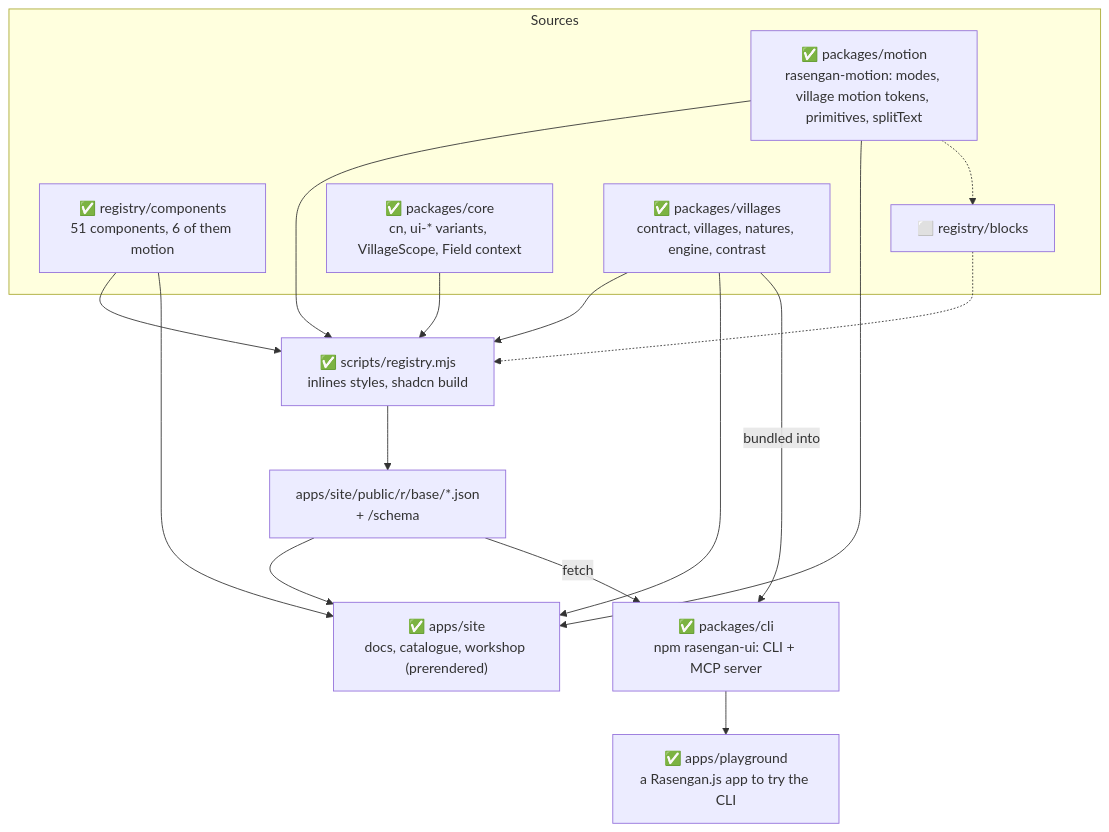
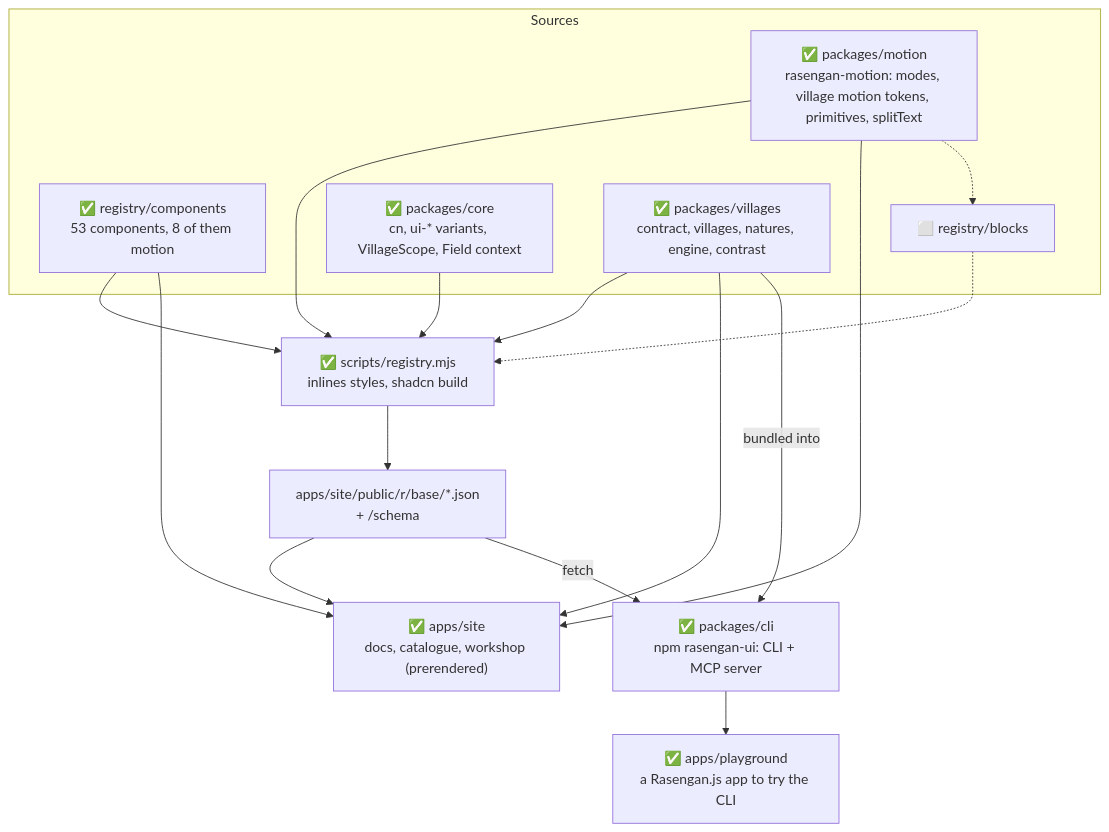
The second of 5 diagrams in docs/architecture.md (rasengan-dev/rasengan-ui), drawn with Mermaid before and after one commit. The commit also changed other lines of this file and 20 other files, not shown here.

````diff
--- a/docs/architecture.md
+++ b/docs/architecture.md
@@ -41,31 +41,31 @@
 ```mermaid
 flowchart TB
   subgraph source[Sources]
-    comps["✅ registry/components<br/>51 components, 6 of them motion"]
+    comps["✅ registry/components<br/>53 components, 8 of them motion"]
     blocks["⬜ registry/blocks"]
     core["✅ packages/core<br/>cn, ui-* variants, VillageScope, Field context"]
     villages["✅ packages/villages<br/>contract, villages, natures, engine, contrast"]
     motion["✅ packages/motion<br/>rasengan-motion: modes, village motion tokens, primitives, splitText"]
   end
 
   build["✅ scripts/registry.mjs<br/>inlines styles, shadcn build"]
   public["apps/site/public/r/base/*.json<br/>+ /schema"]
   site["✅ apps/site<br/>docs, catalogue, workshop (prerendered)"]
   cli["✅ packages/cli<br/>npm rasengan-ui: CLI + MCP server"]
   play["✅ apps/playground<br/>a Rasengan.js app to try the CLI"]
 
   comps --> build
   core --> build
   villages --> build
   build --> public
   public --> site
   villages --> site
   comps --> site
   public -- fetch --> cli
   villages -- bundled into --> cli
   cli --> play
   motion --> build
   motion --> site
   motion -.-> blocks
   blocks -.-> build
 ```
````
